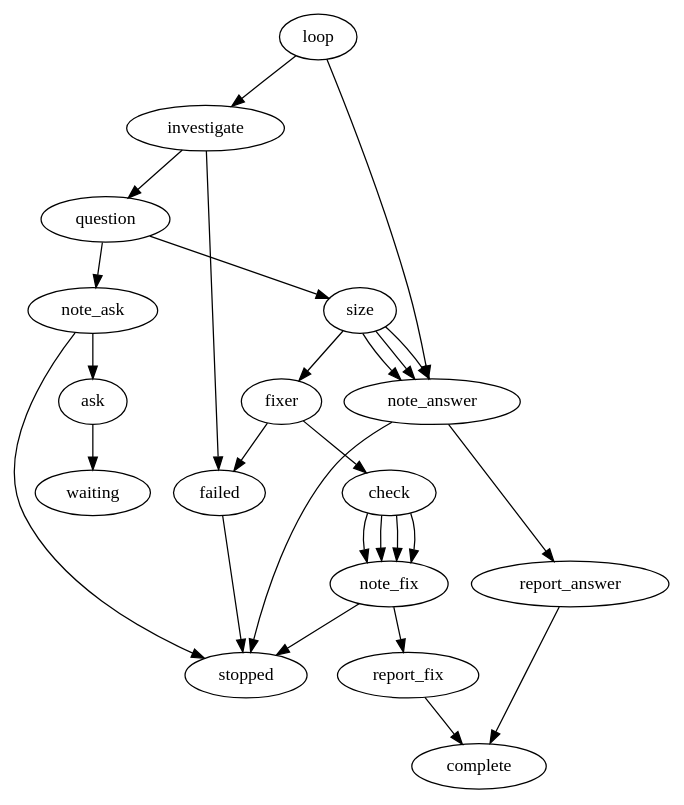
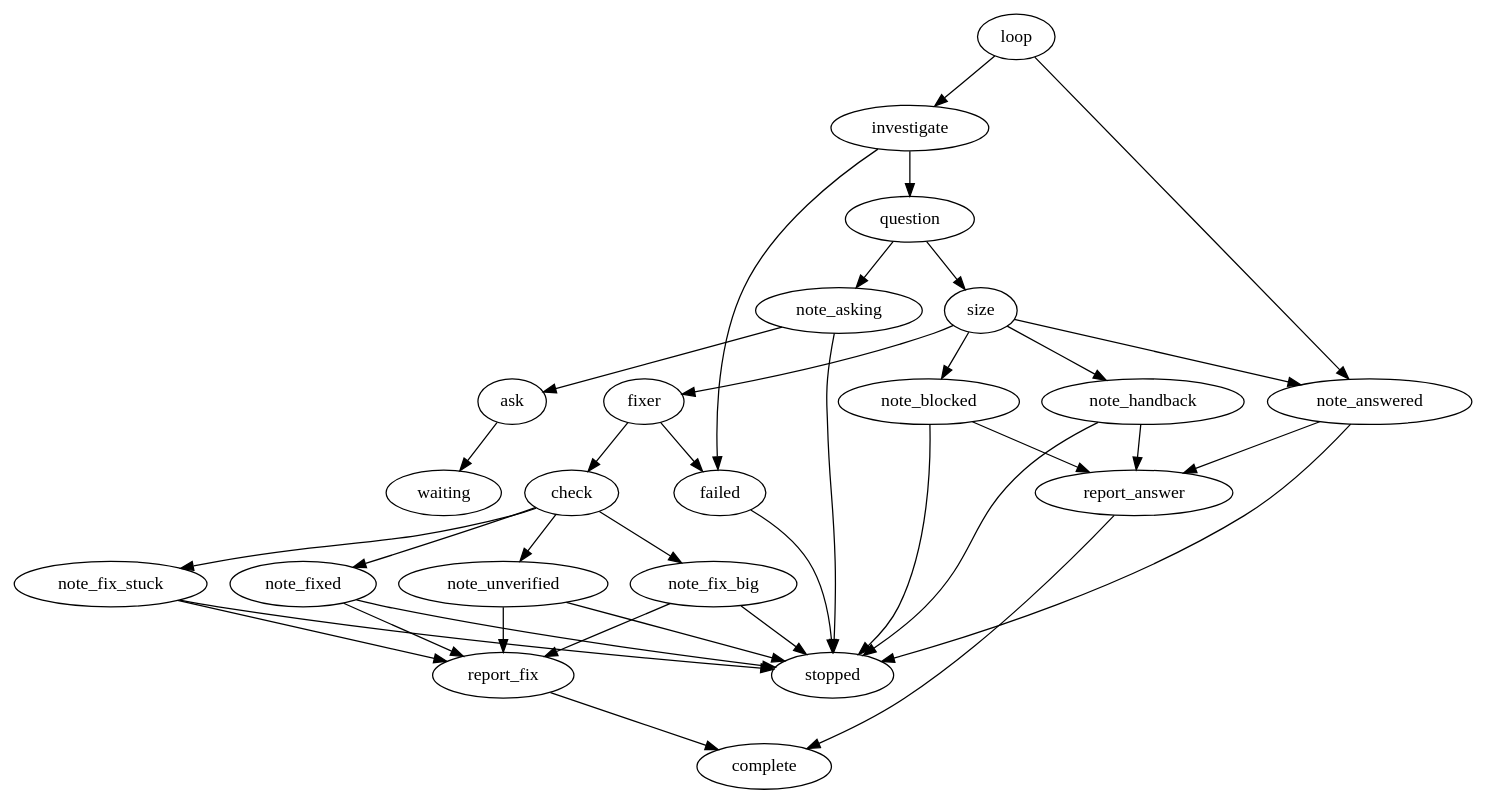
One commit to marioatcloudvane/litefactory changed the diagram in .aiteam/lf-406-graph-driven-spike/2026-09-26/graph-driven-spike/SPIKE_GRAPH_SAMPLE.md. Above: the diagram before and after it, drawn with Graphviz. The commit also changed other lines of this file and 2 other files, not shown here.

````diff
--- a/.aiteam/lf-406-graph-driven-spike/2026-09-26/graph-driven-spike/SPIKE_GRAPH_SAMPLE.md
+++ b/.aiteam/lf-406-graph-driven-spike/2026-09-26/graph-driven-spike/SPIKE_GRAPH_SAMPLE.md
@@ -10,27 +12,36 @@
 // either stops at an answer or makes one small, tested fix. Anything bigger is
 // reported as a hand-back. There is no owner approval stage; the only owner wait
 // is one question round.
+//
+// This file is the only place the flow lives. Order, branches, limits, access
+// level, size thresholds and the status written into SPIKE.md are all declared
+// here. Go supplies steps; it never picks the next step.
 digraph spike {
  graph [team="builtin", mode="spike", profile_version="1", start="loop"];
 
- // ---- 1. Investigate (read-only role) ------------------------------------
+ // ---- 1. Investigate (read-only) -----------------------------------------
  loop        [lf_action="lf_loop", lf_outcomes="true,false", lf_field="response", lf_condition="ask", lf_default="ask", lf_limit="2", lf_source="investigate"];
- investigate [lf_action="lf_agent", lf_outcomes="success,failed", lf_agent_markdown="spike-investigator", lf_skills="spike-result", lf_limit="2"];
+ investigate [lf_action="lf_agent", lf_outcomes="success,failed", lf_agent_markdown="spike-investigator", lf_skills="spike-result", lf_access="read", lf_limit="2"];
  question    [lf_action="lf_if", lf_outcomes="true,false", lf_field="response", lf_condition="ask", lf_source="investigate", lf_limit="2"];
- note_ask    [lf_action="lf_spike_note", lf_outcomes="success,failed", lf_source="investigate", lf_limit="2"];
+ note_asking [lf_action="lf_spike_note", lf_status="asking", lf_outcomes="success,failed", lf_source="investigate", lf_limit="2"];
  ask         [lf_action="lf_ask", lf_outcomes="published", lf_kind="question", lf_source="investigate", lf_limit="1"];
 
- // ---- 2. Size check on the proposed fix (NEW, deterministic) --------------
- size        [lf_action="lf_spike_gate", lf_phase="proposal", lf_outcomes="none,small,too_big,blocked", lf_source="investigate", lf_limit="1"];
+ // ---- 2. Size check on the proposed fix -----------------------------------
+ size        [lf_action="lf_spike_gate", lf_max_files="3", lf_forbid="package,dependency,schema,api", lf_outcomes="none,small,too_big,blocked", lf_source="investigate", lf_limit="1"];
 
  // ---- 3a. Answer or hand-back: no code change -----------------------------
- note_answer   [lf_action="lf_spike_note", lf_outcomes="success,failed", lf_source="investigate", lf_limit="1"];
+ note_answered [lf_action="lf_spike_note", lf_status="answered", lf_outcomes="success,failed", lf_source="investigate", lf_limit="1"];
+ note_handback [lf_action="lf_spike_note", lf_status="hand_back", lf_outcomes="success,failed", lf_source="investigate", lf_limit="1"];
+ note_blocked  [lf_action="lf_spike_note", lf_status="blocked", lf_outcomes="success,failed", lf_source="investigate", lf_limit="1"];
  report_answer [lf_action="lf_comment", lf_outcomes="published", lf_kind="final", lf_source="investigate", lf_limit="1"];
 
- // ---- 3b. One small fix (write-capable role) ------------------------------
- fixer       [lf_action="lf_agent", lf_outcomes="success,failed", lf_agent_markdown="spike-fixer", lf_skills="spike-result", lf_limit="1"];
- check       [lf_action="lf_spike_check", lf_outcomes="passed,failed,too_big,blocked", lf_source="fixer", lf_limit="1"];
- note_fix    [lf_action="lf_spike_note", lf_outcomes="success,failed", lf_source="fixer", lf_limit="1"];
+ // ---- 3b. One small fix (write) --------------------------------------------
+ fixer       [lf_action="lf_agent", lf_outcomes="success,failed", lf_agent_markdown="spike-fixer", lf_skills="spike-result", lf_access="write", lf_limit="1"];
+ check       [lf_action="lf_spike_check", lf_max_files="3", lf_forbid="package,dependency,schema,api", lf_outcomes="passed,failed,too_big,blocked", lf_source="fixer", lf_limit="1"];
+ note_fixed      [lf_action="lf_spike_note", lf_status="fixed", lf_outcomes="success,failed", lf_source="fixer", lf_limit="1"];
+ note_unverified [lf_action="lf_spike_note", lf_status="fix_unverified", lf_outcomes="success,failed", lf_source="fixer", lf_limit="1"];
+ note_fix_big    [lf_action="lf_spike_note", lf_status="fix_too_big", lf_outcomes="success,failed", lf_source="fixer", lf_limit="1"];
+ note_fix_stuck  [lf_action="lf_spike_note", lf_status="blocked", lf_outcomes="success,failed", lf_source="fixer", lf_limit="1"];
  report_fix  [lf_action="lf_comment", lf_outcomes="published", lf_kind="final", lf_source="fixer", lf_limit="1"];
 
  // ---- Failure and terminals ------------------------------------------------
@@ -40,38 +51,48 @@
  stopped     [lf_terminal="true"];
 
  // 1. Investigate. An owner reply re-enters at "loop" and runs the role again.
- loop        -> investigate [lf_on="true"];
- loop        -> note_answer [lf_on="false"];
- investigate -> question    [lf_on="success"];
- investigate -> failed      [lf_on="failed"];
- question    -> note_ask    [lf_on="true"];    // blocked: keep SPIKE.md, then ask
- question    -> size        [lf_on="false"];
- note_ask    -> ask         [lf_on="success"];
- note_ask    -> stopped     [lf_on="failed"];
- ask         -> waiting     [lf_on="published"];
+ loop        -> investigate   [lf_on="true"];
+ loop        -> note_answered [lf_on="false"];
+ investigate -> question      [lf_on="success"];
+ investigate -> failed        [lf_on="failed"];
+ question    -> note_asking   [lf_on="true"];    // blocked: keep SPIKE.md, then ask
+ question    -> size          [lf_on="false"];
+ note_asking -> ask           [lf_on="success"];
+ note_asking -> stopped       [lf_on="failed"];
+ ask         -> waiting       [lf_on="published"];
 
  // 2. Size check decides fix or hand-back.
- size        -> note_answer [lf_on="none"];      // answer only, no fix needed
- size        -> note_answer [lf_on="too_big"];   // hand back to Research or Plan
- size        -> note_answer [lf_on="blocked"];   // no usable proposal
- size        -> fixer       [lf_on="small"];
+ size -> note_answered [lf_on="none"];
+ size -> note_handback [lf_on="too_big"];
+ size -> note_blocked  [lf_on="blocked"];
+ size -> fixer         [lf_on="small"];
 
  // 3a. Report the answer.
- note_answer   -> report_answer [lf_on="success"];
- note_answer   -> stopped       [lf_on="failed"];
- report_answer -> complete      [lf_on="published"];
+ note_answered -> report_answer [lf_on="success"];
+ note_handback -> report_answer [lf_on="success"];
+ note_blocked  -> report_answer [lf_on="success"];
+ note_answered -> stopped [lf_on="failed"];
+ note_handback -> stopped [lf_on="failed"];
+ note_blocked  -> stopped [lf_on="failed"];
+ report_answer -> complete [lf_on="published"];
 
  // 3b. Fix once, check once, report. A failed check is reported, not retried.
- fixer       -> check       [lf_on="success"];
- fixer       -> failed      [lf_on="failed"];
- check       -> note_fix    [lf_on="passed"];
- check       -> note_fix    [lf_on="failed"];
- check       -> note_fix    [lf_on="too_big"];
- check       -> note_fix    [lf_on="blocked"];
- note_fix    -> report_fix  [lf_on="success"];
- note_fix    -> stopped     [lf_on="failed"];
- report_fix  -> complete    [lf_on="published"];
+ fixer -> check  [lf_on="success"];
+ fixer -> failed [lf_on="failed"];
+ check -> note_fixed      [lf_on="passed"];
+ check -> note_unverified [lf_on="failed"];
+ check -> note_fix_big    [lf_on="too_big"];
+ check -> note_fix_stuck  [lf_on="blocked"];
+ note_fixed      -> report_fix [lf_on="success"];
+ note_unverified -> report_fix [lf_on="success"];
+ note_fix_big    -> report_fix [lf_on="success"];
+ note_fix_stuck  -> report_fix [lf_on="success"];
+ note_fixed      -> stopped [lf_on="failed"];
+ note_unverified -> stopped [lf_on="failed"];
+ note_fix_big    -> stopped [lf_on="failed"];
+ note_fix_stuck  -> stopped [lf_on="failed"];
+ report_fix -> complete [lf_on="published"];
 
- failed      -> stopped     [lf_on="published"];
+ failed -> stopped [lf_on="published"];
 }
 ```
````
